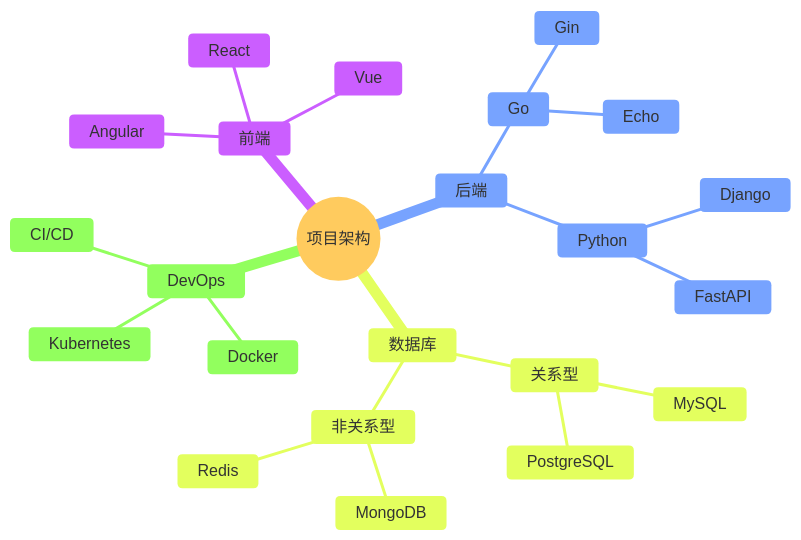
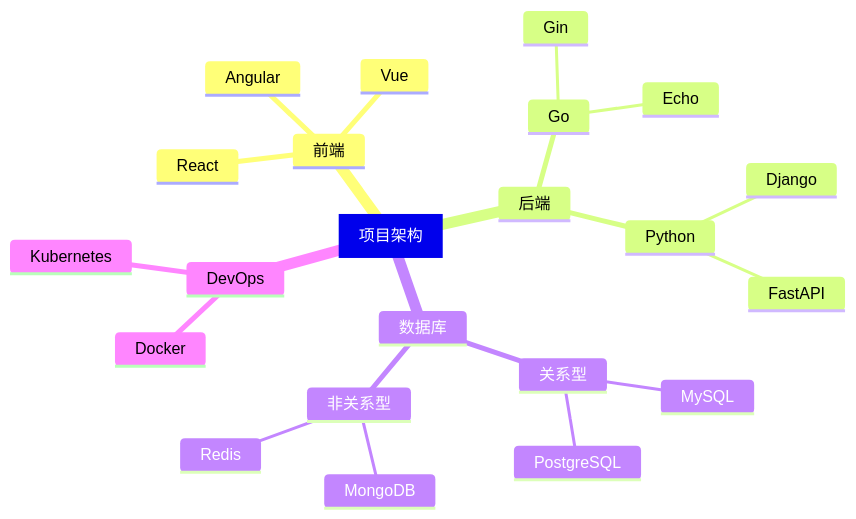
One commit to unix2dos/skills changed diagram 13 of 16 in mermaid-generator/SKILL.md. Above: the diagram before and after it, drawn with Mermaid. The commit also changed other lines of this file, not shown here.

Commit message:
docs(mermaid): 优化图表配色策略与兼容性说明

````diff
--- a/mermaid-generator/SKILL.md
+++ b/mermaid-generator/SKILL.md
@@ -404,27 +427,25 @@
 ```mermaid
-%%{init: {'theme': 'base'}}%%
 mindmap
-    root(("项目架构"))
-        前端
-            React
-            Vue
-            Angular
-        后端
-            Go
-                Gin
-                Echo
-            Python
-                Django
-                FastAPI
-        数据库
-            关系型
-                MySQL
-                PostgreSQL
-            非关系型
-                MongoDB
-                Redis
-        DevOps
-            Docker
-            Kubernetes
-            CI/CD
+  root[项目架构]
+    前端
+      React
+      Vue
+      Angular
+    后端
+      Go
+        Gin
+        Echo
+      Python
+        Django
+        FastAPI
+    数据库
+      关系型
+        MySQL
+        PostgreSQL
+      非关系型
+        MongoDB
+        Redis
+    DevOps
+      Docker
+      Kubernetes
 ```
````
